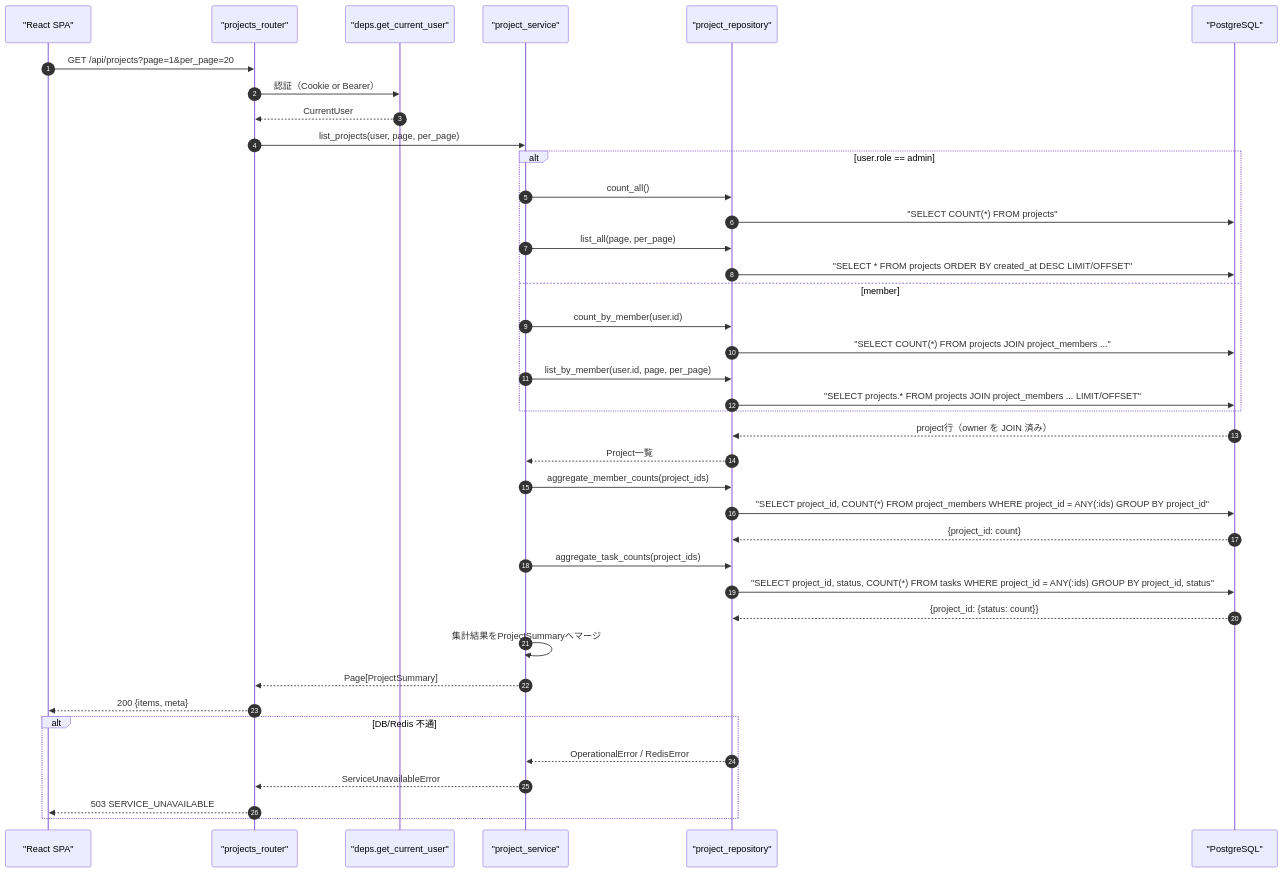
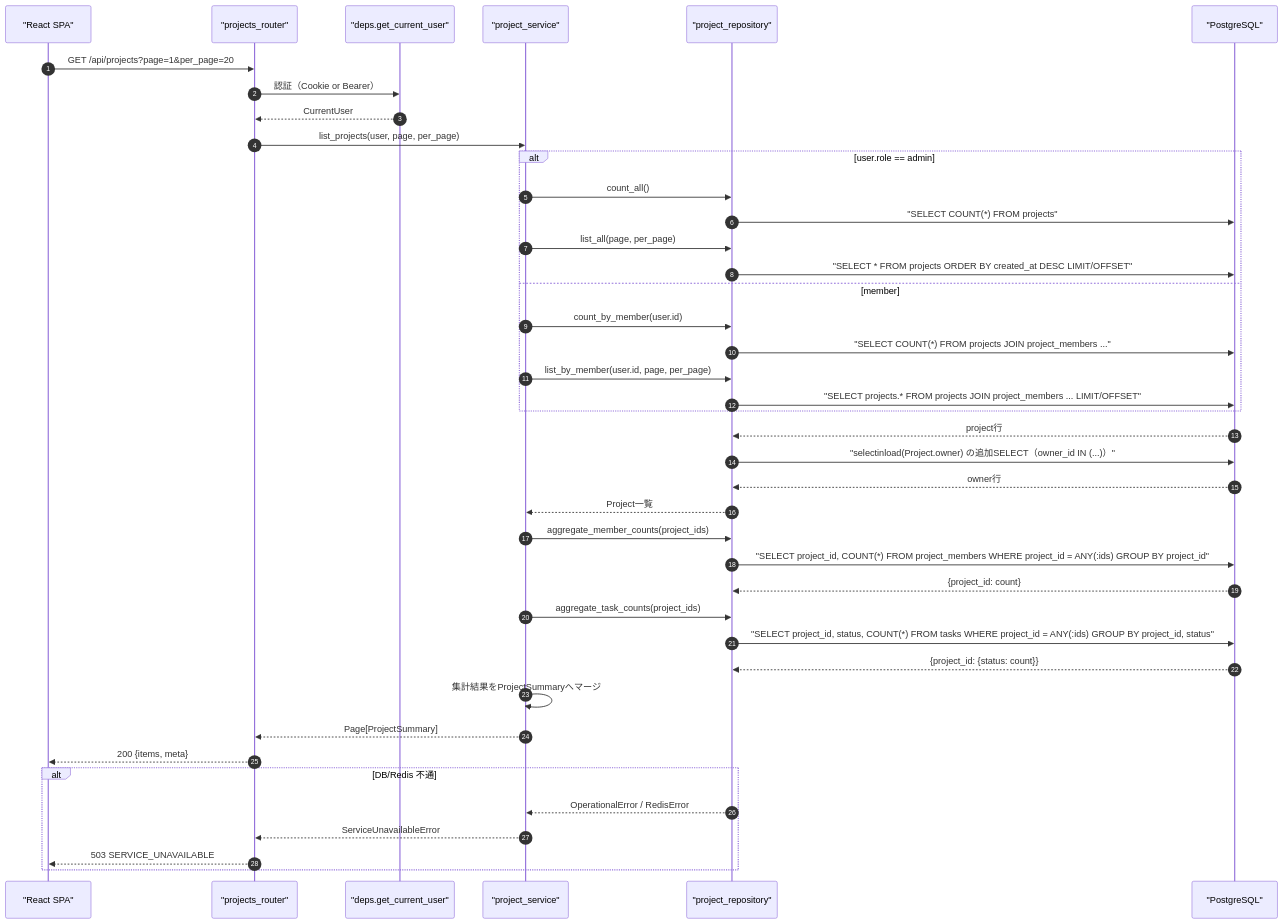
The first of 4 diagrams in detailed_design/api/projects/01_get_projects.md (oikawa-d/task_management), drawn with Mermaid before and after one commit. The commit also changed other lines of this file and 22 other files, not shown here.

````diff
--- a/detailed_design/api/projects/01_get_projects.md
+++ b/detailed_design/api/projects/01_get_projects.md
@@ -93,42 +93,44 @@
 ```mermaid
 sequenceDiagram
     autonumber
     participant FE as "React SPA"
     participant R as "projects_router"
     participant D as "deps.get_current_user"
     participant S as "project_service"
     participant RP as "project_repository"
     participant PG as "PostgreSQL"
 
     FE->>R: GET /api/projects?page=1&per_page=20
     R->>D: 認証（Cookie or Bearer）
     D-->>R: CurrentUser
     R->>S: list_projects(user, page, per_page)
     alt user.role == admin
         S->>RP: count_all()
         RP->>PG: "SELECT COUNT(*) FROM projects"
         S->>RP: list_all(page, per_page)
         RP->>PG: "SELECT * FROM projects ORDER BY created_at DESC LIMIT/OFFSET"
     else member
         S->>RP: count_by_member(user.id)
         RP->>PG: "SELECT COUNT(*) FROM projects JOIN project_members ..."
         S->>RP: list_by_member(user.id, page, per_page)
         RP->>PG: "SELECT projects.* FROM projects JOIN project_members ... LIMIT/OFFSET"
     end
-    PG-->>RP: project行（owner を JOIN 済み）
+    PG-->>RP: project行
+    RP->>PG: "selectinload(Project.owner) の追加SELECT（owner_id IN (...)）"
+    PG-->>RP: owner行
     RP-->>S: Project一覧
     S->>RP: aggregate_member_counts(project_ids)
     RP->>PG: "SELECT project_id, COUNT(*) FROM project_members WHERE project_id = ANY(:ids) GROUP BY project_id"
     PG-->>RP: {project_id: count}
     S->>RP: aggregate_task_counts(project_ids)
     RP->>PG: "SELECT project_id, status, COUNT(*) FROM tasks WHERE project_id = ANY(:ids) GROUP BY project_id, status"
     PG-->>RP: {project_id: {status: count}}
     S->>S: 集計結果をProjectSummaryへマージ
     S-->>R: Page[ProjectSummary]
     R-->>FE: 200 {items, meta}
     alt DB/Redis 不通
         RP-->>S: OperationalError / RedisError
         S-->>R: ServiceUnavailableError
         R-->>FE: 503 SERVICE_UNAVAILABLE
     end
 ```
````
